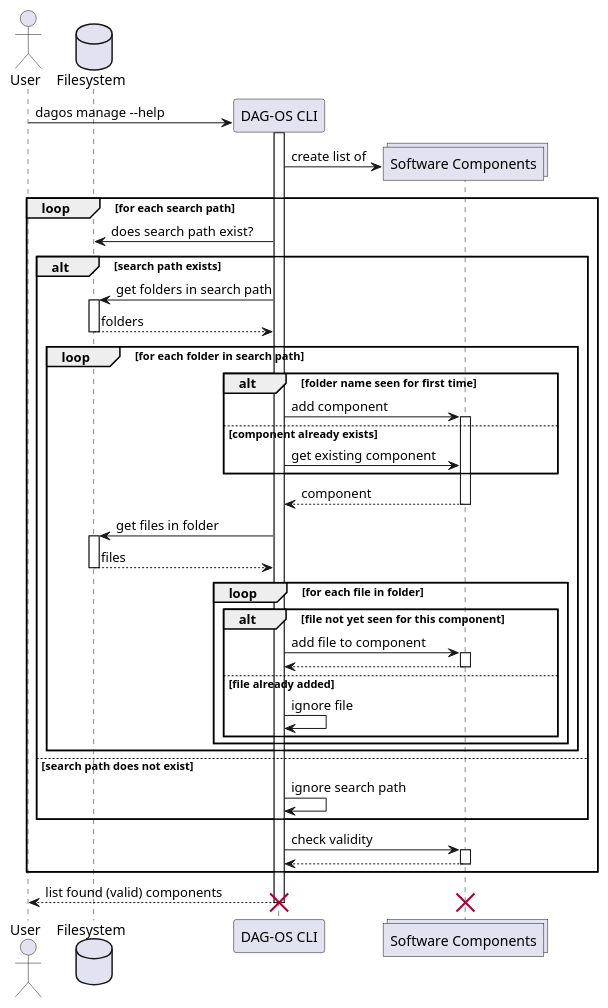
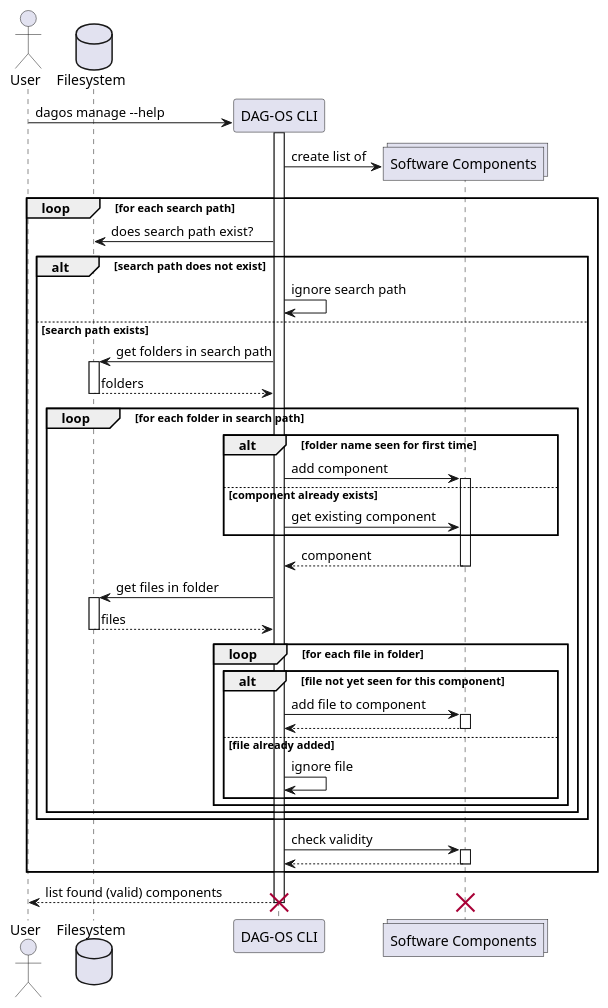
Before and after one commit to DAG-OS/dagos: the diagram in docs/design/modules/ROOT/pages/06_runtime_view.adoc, drawn with PlantUML.

Commit message:
📝 Improve software scanning sequence PlantUML

```diff
--- a/docs/design/modules/ROOT/pages/06_runtime_view.adoc
+++ b/docs/design/modules/ROOT/pages/06_runtime_view.adoc
@@ -53,53 +53,53 @@
 [plantuml]
 ....
 @startuml
 
 actor "User" as user
 
 database "Filesystem" as fs
 
 create participant "DAG-OS CLI" as dagos
 user -> dagos ++: dagos manage --help
 
 create collections "Software Components" as components
 dagos -> components: create list of
 
 loop for each search path
     dagos -> fs: does search path exist?
 
-    alt search path exists
+    alt search path does not exist
+        dagos -> dagos: ignore search path
+    else search path exists
         dagos -> fs ++: get folders in search path
         return folders
         loop for each folder in search path
             alt folder name seen for first time
                 dagos -> components ++: add component
             else component already exists
                 dagos -> components: get existing component
             end
             return component
             dagos -> fs ++: get files in folder
             return files
             loop for each file in folder
                 alt file not yet seen for this component
                     dagos -> components ++: add file to component
                     return
                 else file already added
                     dagos -> dagos: ignore file
                 end
             end
         end
-    else search path does not exist
-        dagos -> dagos: ignore search path
     end
 
     dagos -> components ++: check validity
     return
 end
 
 return list found (valid) components
 
 destroy components
 destroy dagos
 
 @enduml
 ....
```
